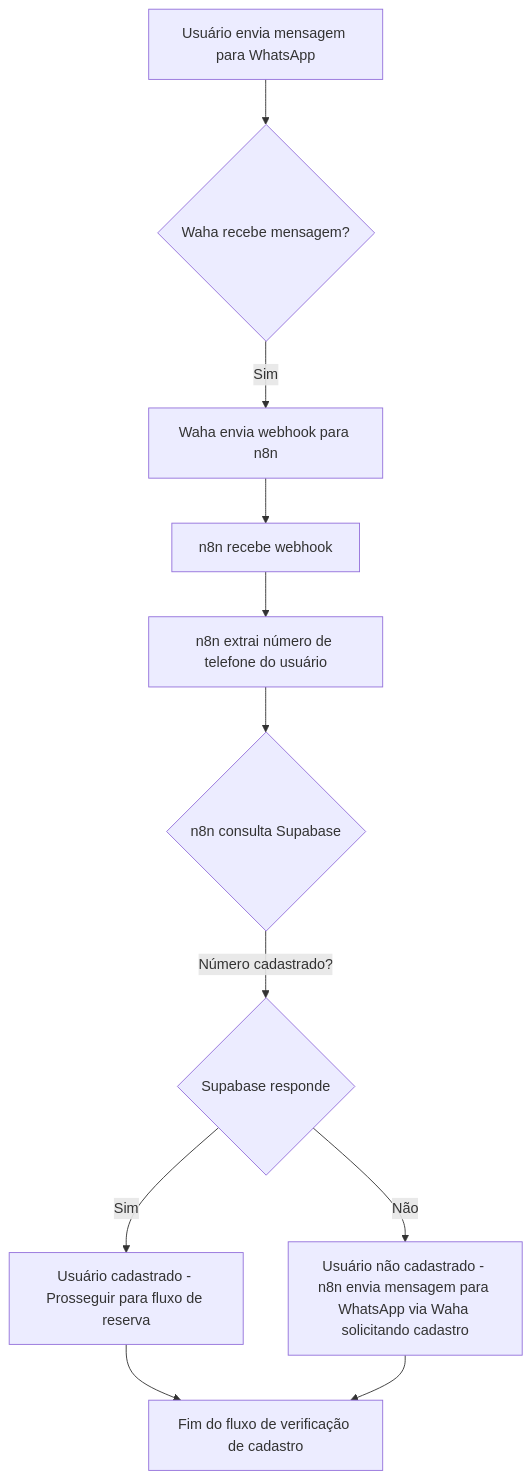
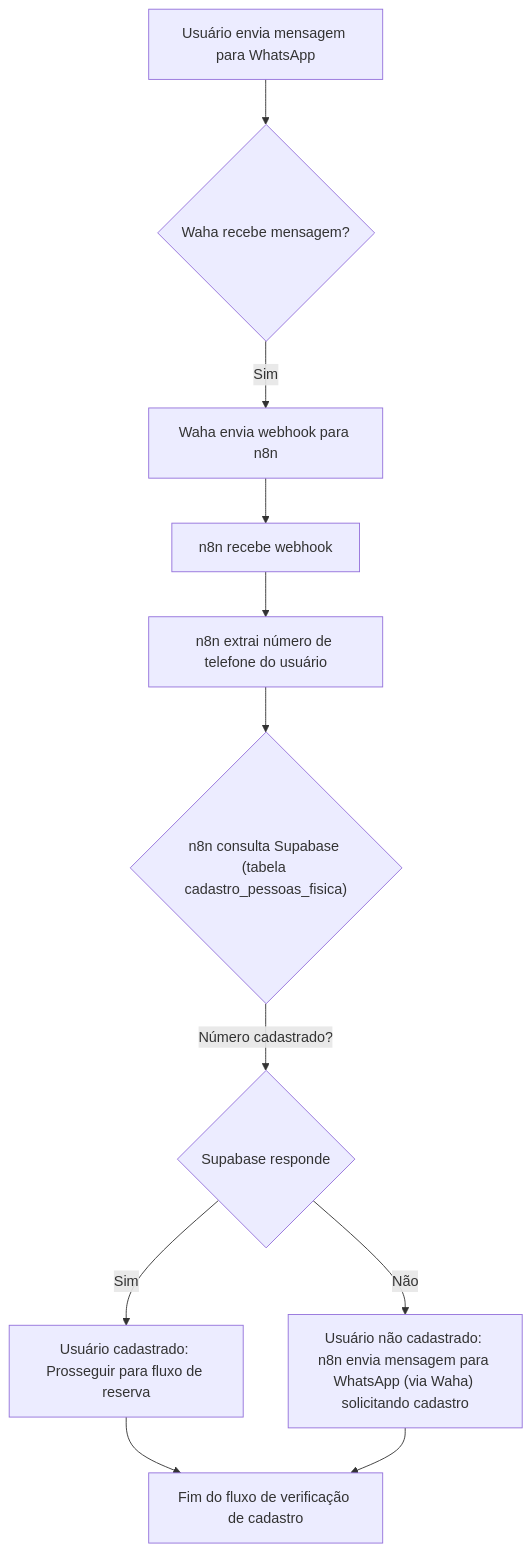
One commit to jezer/IAResipa changed the diagram in 02.docs/03.objetivo/09.1.whatsapp_message_reception_and_user_check.mmd. Above: the diagram before and after it, drawn with Mermaid. The commit also changed 3 other files, not shown here.

```diff
--- a/02.docs/03.objetivo/09.1.whatsapp_message_reception_and_user_check.mmd
+++ b/02.docs/03.objetivo/09.1.whatsapp_message_reception_and_user_check.mmd
@@ -1,11 +1,11 @@
 graph TD
-    A[Usuário envia mensagem para WhatsApp] --> B{Waha recebe mensagem?}
-    B -- Sim --> C[Waha envia webhook para n8n]
-    C --> D[n8n recebe webhook]
-    D --> E[n8n extrai número de telefone do usuário]
-    E --> F{n8n consulta Supabase}
-    F -- Número cadastrado? --> G{Supabase responde}
-    G -- Sim --> H[Usuário cadastrado - Prosseguir para fluxo de reserva]
-    G -- Não --> I[Usuário não cadastrado - n8n envia mensagem para WhatsApp via Waha solicitando cadastro]
-    H --> J[Fim do fluxo de verificação de cadastro]
+    A["Usuário envia mensagem para WhatsApp"] --> B{"Waha recebe mensagem?"}
+    B -- Sim --> C["Waha envia webhook para n8n"]
+    C --> D["n8n recebe webhook"]
+    D --> E["n8n extrai número de telefone do usuário"]
+    E --> F{"n8n consulta Supabase (tabela cadastro_pessoas_fisica)"}
+    F -- "Número cadastrado?" --> G{"Supabase responde"}
+    G -- Sim --> H["Usuário cadastrado: Prosseguir para fluxo de reserva"]
+    G -- Não --> I["Usuário não cadastrado: n8n envia mensagem para WhatsApp (via Waha) solicitando cadastro"]
+    H --> J["Fim do fluxo de verificação de cadastro"]
     I --> J
```
